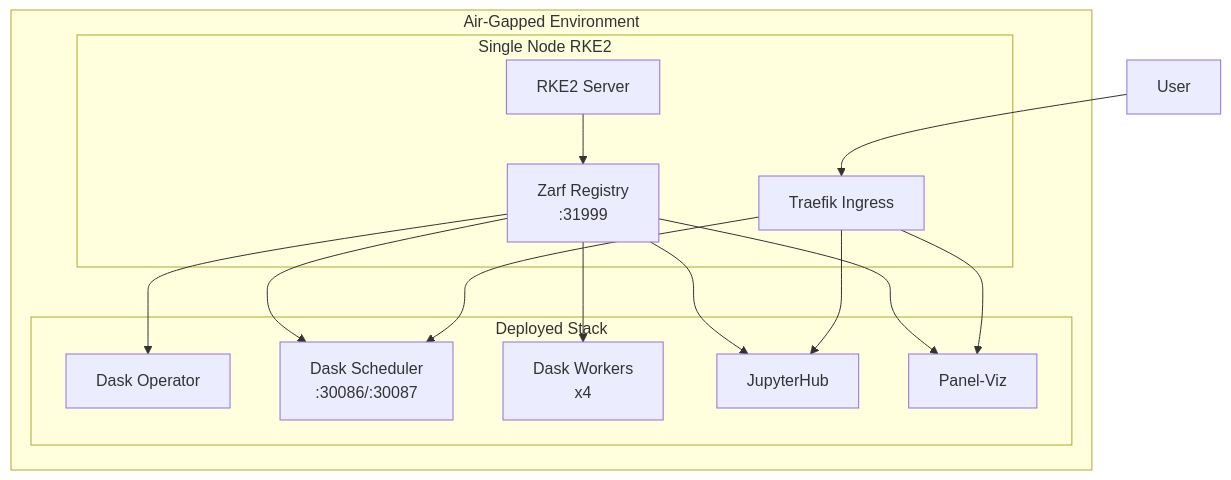
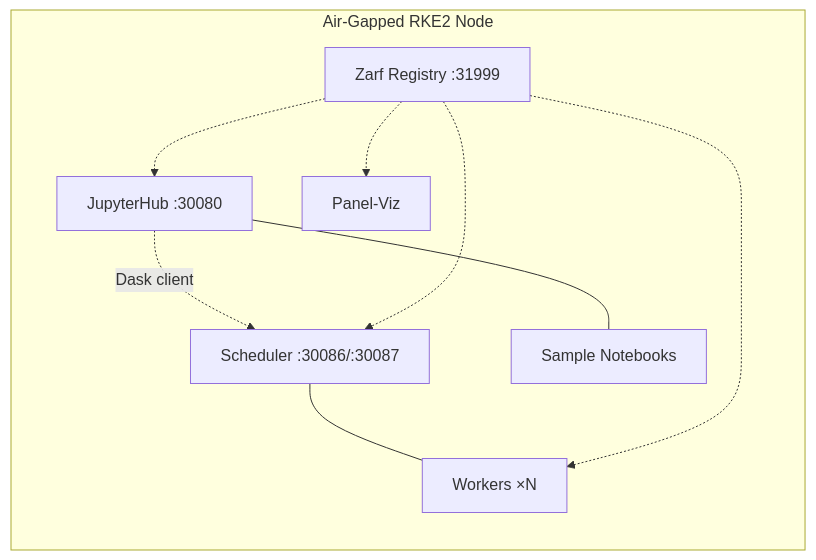
One commit to rch/cldr-cybersec changed the diagram in zarf/README.md. Above: the diagram before and after it, drawn with Mermaid. The commit also changed other lines of this file, not shown here.

First line of the commit message:
Rewrite Zarf README for v1.1.0-M1: compact, air-gap focused

````diff
--- a/zarf/README.md
+++ b/zarf/README.md
@@ -161,31 +26,15 @@
 ```mermaid
-graph TB
-    subgraph "Air-Gapped Environment"
-        subgraph "Single Node RKE2"
-            RKE2[RKE2 Server]
-            REGISTRY[Zarf Registry<br/>:31999]
-            TRAEFIK[Traefik Ingress]
-        end
-
-        subgraph "Deployed Stack"
-            DASK_OP[Dask Operator]
-            DASK_SCHED[Dask Scheduler<br/>:30086/:30087]
-            DASK_WORK[Dask Workers<br/>x4]
-            JUPYTER[JupyterHub]
-            PANEL[Panel-Viz]
-        end
-
-        RKE2 --> REGISTRY
-        REGISTRY --> DASK_OP
-        REGISTRY --> DASK_SCHED
-        REGISTRY --> DASK_WORK
-        REGISTRY --> JUPYTER
-        REGISTRY --> PANEL
-
-        TRAEFIK --> JUPYTER
-        TRAEFIK --> PANEL
-        TRAEFIK --> DASK_SCHED
+graph LR
+    subgraph "Air-Gapped RKE2 Node"
+        REG[Zarf Registry :31999]
+        SCHED[Scheduler :30086/:30087]
+        WORK[Workers ×N]
+        JH[JupyterHub :30080]
+        PV[Panel-Viz]
+        NB[Sample Notebooks]
+        SCHED --- WORK
+        JH -. Dask client .-> SCHED
+        JH --- NB
     end
-
-    USER[User] --> TRAEFIK
+    REG -.-> SCHED & WORK & JH & PV
 ```
````
